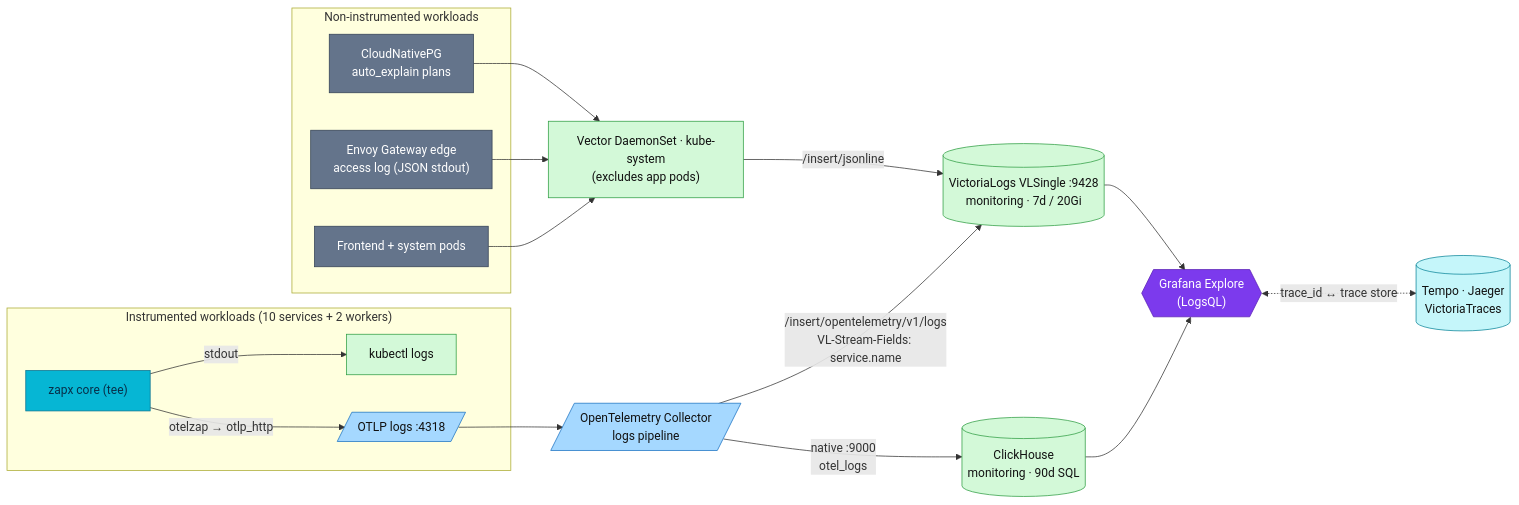
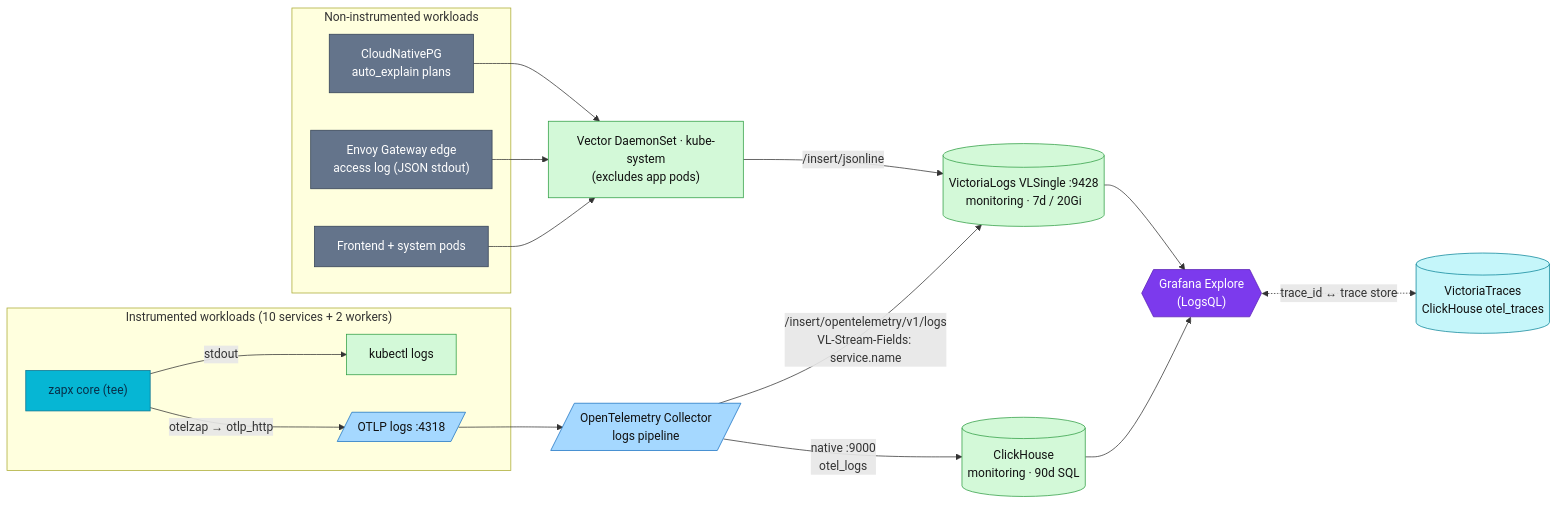
One commit to duynhlab/homelab changed the diagram in docs/observability/logging/README.md. Above: the diagram before and after it, drawn with Mermaid. The commit also changed other lines of this file and 57 other files, not shown here.

````diff
--- a/docs/observability/logging/README.md
+++ b/docs/observability/logging/README.md
@@ -62,37 +62,37 @@
 ```mermaid
 flowchart LR
     subgraph apps["Instrumented workloads (10 services + 2 workers)"]
         Z["zapx core (tee)"]
         Z -->|stdout| KLOGS["kubectl logs"]
         Z -->|"otelzap → otlp_http"| OTLP
     end
     subgraph infra["Non-instrumented workloads"]
         CNPG["CloudNativePG<br/>auto_explain plans"]
         EDGE["Envoy Gateway edge<br/>access log (JSON stdout)"]
         FE["Frontend + system pods"]
     end
     OTLP[/"OTLP logs :4318"/] --> COL[/"OpenTelemetry Collector<br/>logs pipeline"/]
     CNPG --> VEC["Vector DaemonSet · kube-system<br/>(excludes app pods)"]
     EDGE --> VEC
     FE --> VEC
     COL -->|"/insert/opentelemetry/v1/logs<br/>VL-Stream-Fields: service.name"| VL[("VictoriaLogs VLSingle :9428<br/>monitoring · 7d / 20Gi")]
     COL -->|"native :9000<br/>otel_logs"| CH[("ClickHouse<br/>monitoring · 90d SQL")]
     VEC -->|"/insert/jsonline"| VL
     VL --> GRAF{{"Grafana Explore<br/>(LogsQL)"}}
     CH --> GRAF
-    GRAF <-. "trace_id ↔ trace store" .-> TEMPO[("Tempo · Jaeger<br/>VictoriaTraces")]
+    GRAF <-. "trace_id ↔ trace store" .-> TEMPO[("VictoriaTraces<br/>ClickHouse otel_traces")]
     classDef collector fill:#a5d8ff,color:#111,stroke:#1971c2;
     classDef log fill:#d3f9d8,color:#111,stroke:#2f9e44;
     classDef trace fill:#c5f6fa,color:#111,stroke:#0c8599;
     class OTLP,COL collector;
     class VL log;
     class CH log;
     class TEMPO trace;
     classDef service fill:#06b6d4,color:#082f49,stroke:#0e7490;
     classDef external fill:#64748b,color:#fff,stroke:#334155;
     classDef platform fill:#7c3aed,color:#fff,stroke:#5b21b6;
     class Z service;
     class CNPG,EDGE,FE external;
     class VEC,KLOGS log;
     class GRAF platform;
 ```
````
